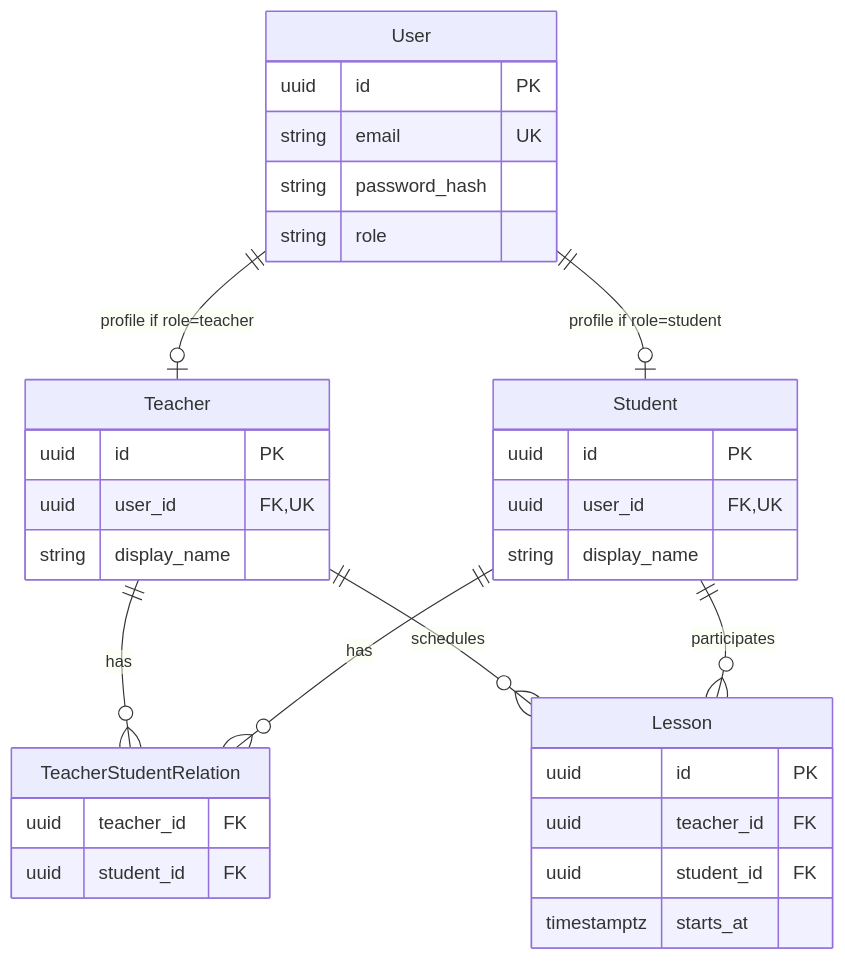
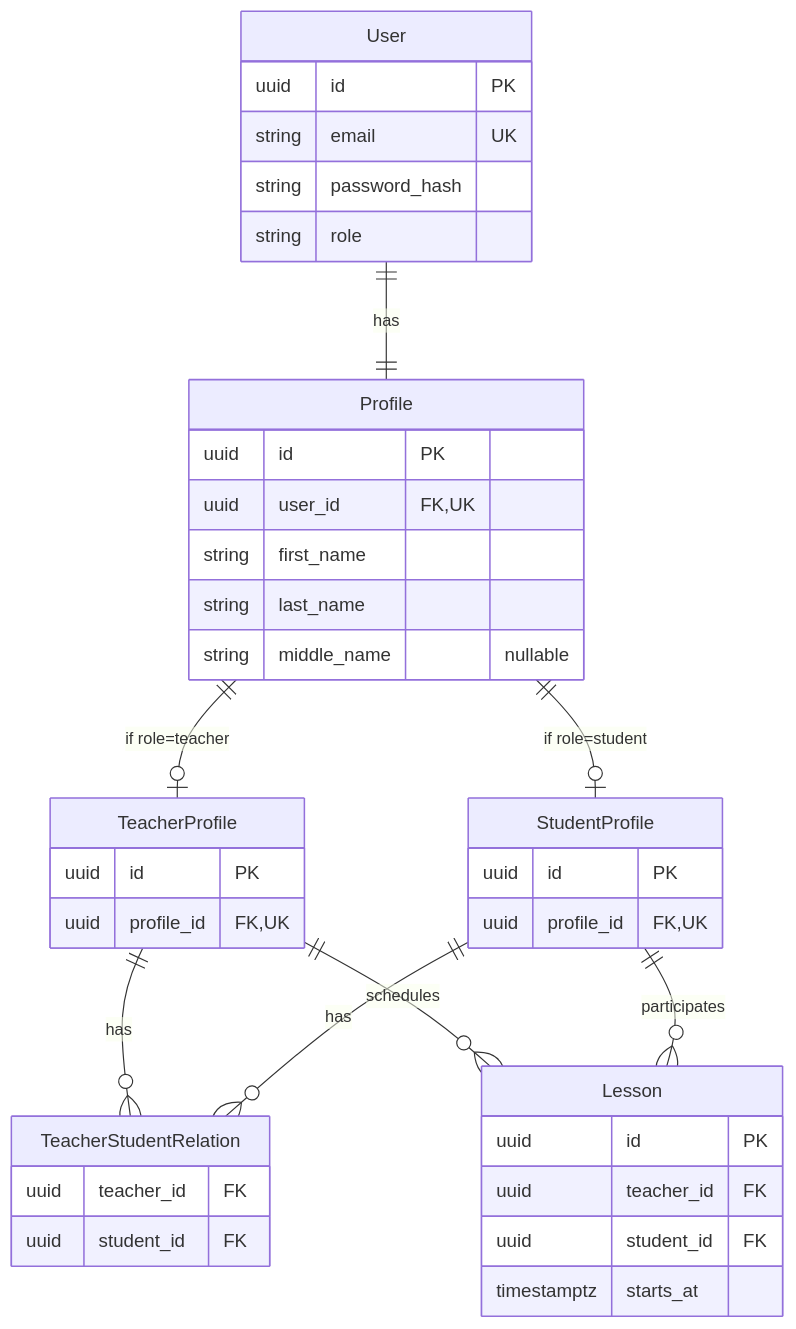
One commit to tydysh-team/Takt changed the diagram in docs/architecture/data-model.md. Above: the diagram before and after it, drawn with Mermaid. The commit also changed other lines of this file and 14 other files, not shown here.

````diff
--- a/docs/architecture/data-model.md
+++ b/docs/architecture/data-model.md
@@ -23,42 +29,49 @@
 ```mermaid
 erDiagram
-    User ||--o| Teacher : "profile if role=teacher"
-    User ||--o| Student : "profile if role=student"
+    User ||--|| Profile : has
+    Profile ||--o| TeacherProfile : "if role=teacher"
+    Profile ||--o| StudentProfile : "if role=student"
 
-    Teacher ||--o{ TeacherStudentRelation : has
-    Student ||--o{ TeacherStudentRelation : has
+    TeacherProfile ||--o{ TeacherStudentRelation : has
+    StudentProfile ||--o{ TeacherStudentRelation : has
 
-    Teacher ||--o{ Lesson : schedules
-    Student ||--o{ Lesson : participates
+    TeacherProfile ||--o{ Lesson : schedules
+    StudentProfile ||--o{ Lesson : participates
 
     User {
         uuid id PK
         string email UK
         string password_hash
         string role
     }
 
-    Teacher {
+    Profile {
         uuid id PK
         uuid user_id FK, UK
-        string display_name
+        string first_name
+        string last_name
+        string middle_name "nullable"
     }
 
-    Student {
+    TeacherProfile {
         uuid id PK
-        uuid user_id FK, UK
-        string display_name
+        uuid profile_id FK, UK
+    }
+
+    StudentProfile {
+        uuid id PK
+        uuid profile_id FK, UK
     }
 
     TeacherStudentRelation {
         uuid teacher_id FK
         uuid student_id FK
     }
 
     Lesson {
         uuid id PK
         uuid teacher_id FK
         uuid student_id FK
         timestamptz starts_at
     }
 ```
````
